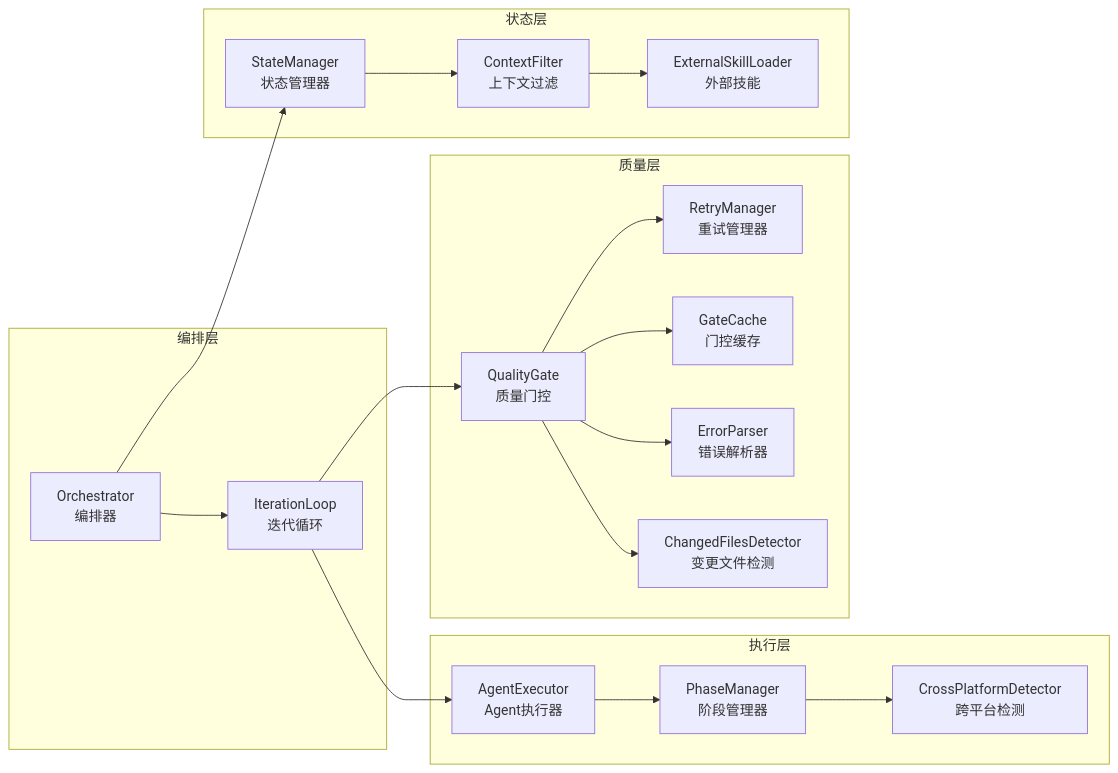
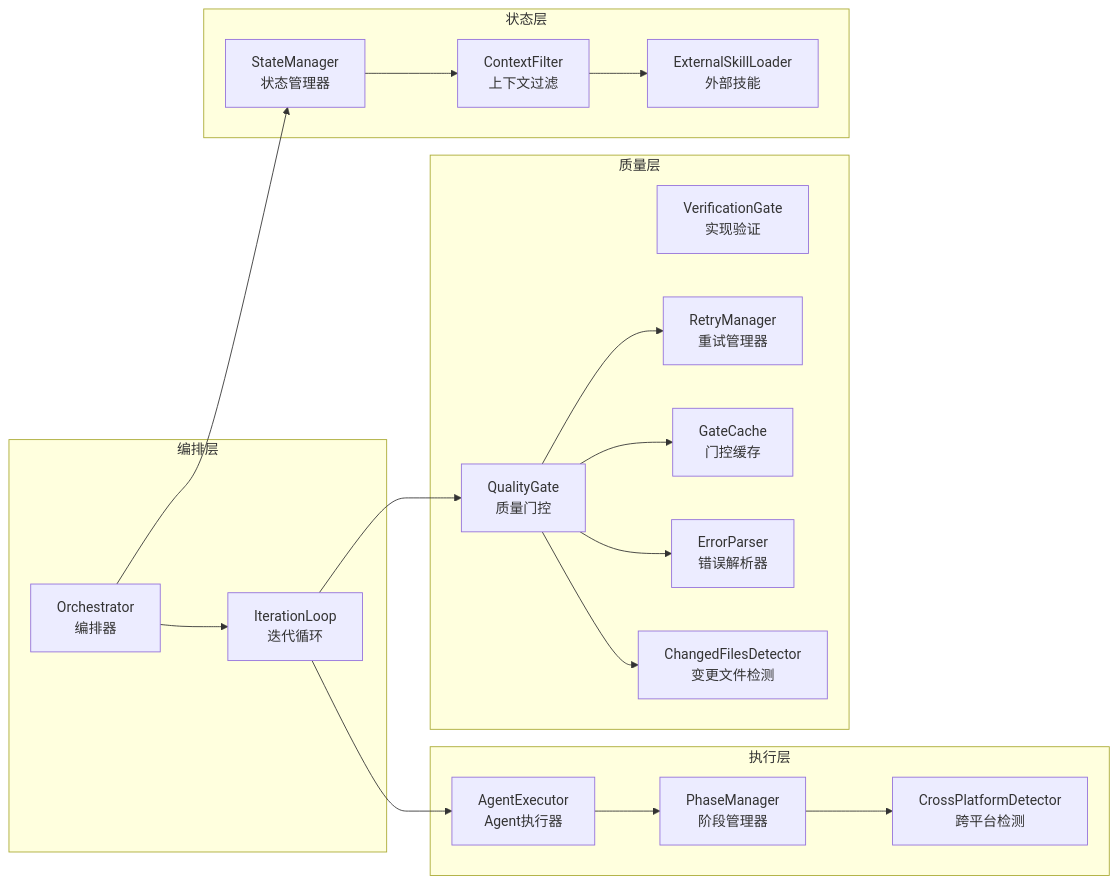
One commit to Taoidle/plan-cascade changed the second of 13 diagrams in docs/System-Architecture_zh.md. Above: the diagram before and after it, drawn with Mermaid. The commit also changed other lines of this file and 8 other files, not shown here.

First line of the commit message:
feat(quality-gate): add AI verification gate and PRD skill injection

````diff
--- a/docs/System-Architecture_zh.md
+++ b/docs/System-Architecture_zh.md
@@ -85,40 +85,41 @@
 ```mermaid
 graph LR
     subgraph "编排层"
         O[Orchestrator<br/>编排器]
         IL[IterationLoop<br/>迭代循环]
     end
 
     subgraph "执行层"
         AE[AgentExecutor<br/>Agent执行器]
         PM[PhaseManager<br/>阶段管理器]
         CPD[CrossPlatformDetector<br/>跨平台检测]
     end
 
     subgraph "质量层"
         QG[QualityGate<br/>质量门控]
+        VG[VerificationGate<br/>实现验证]
         RM[RetryManager<br/>重试管理器]
         GC[GateCache<br/>门控缓存]
         EP[ErrorParser<br/>错误解析器]
         CFD[ChangedFilesDetector<br/>变更文件检测]
     end
 
     subgraph "状态层"
         SM[StateManager<br/>状态管理器]
         CF[ContextFilter<br/>上下文过滤]
         ESL[ExternalSkillLoader<br/>外部技能]
     end
 
     O --> IL
     IL --> AE
     AE --> PM
     PM --> CPD
     IL --> QG
     QG --> RM
     QG --> GC
     QG --> EP
     QG --> CFD
     O --> SM
     SM --> CF
     CF --> ESL
 ```
````
